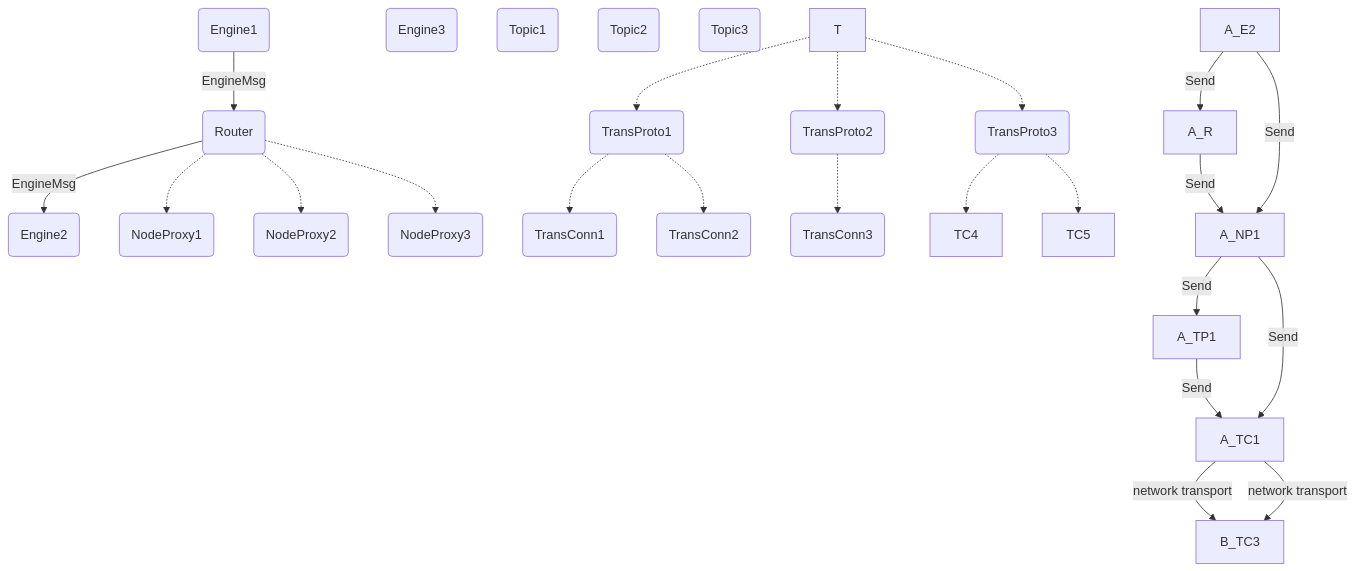
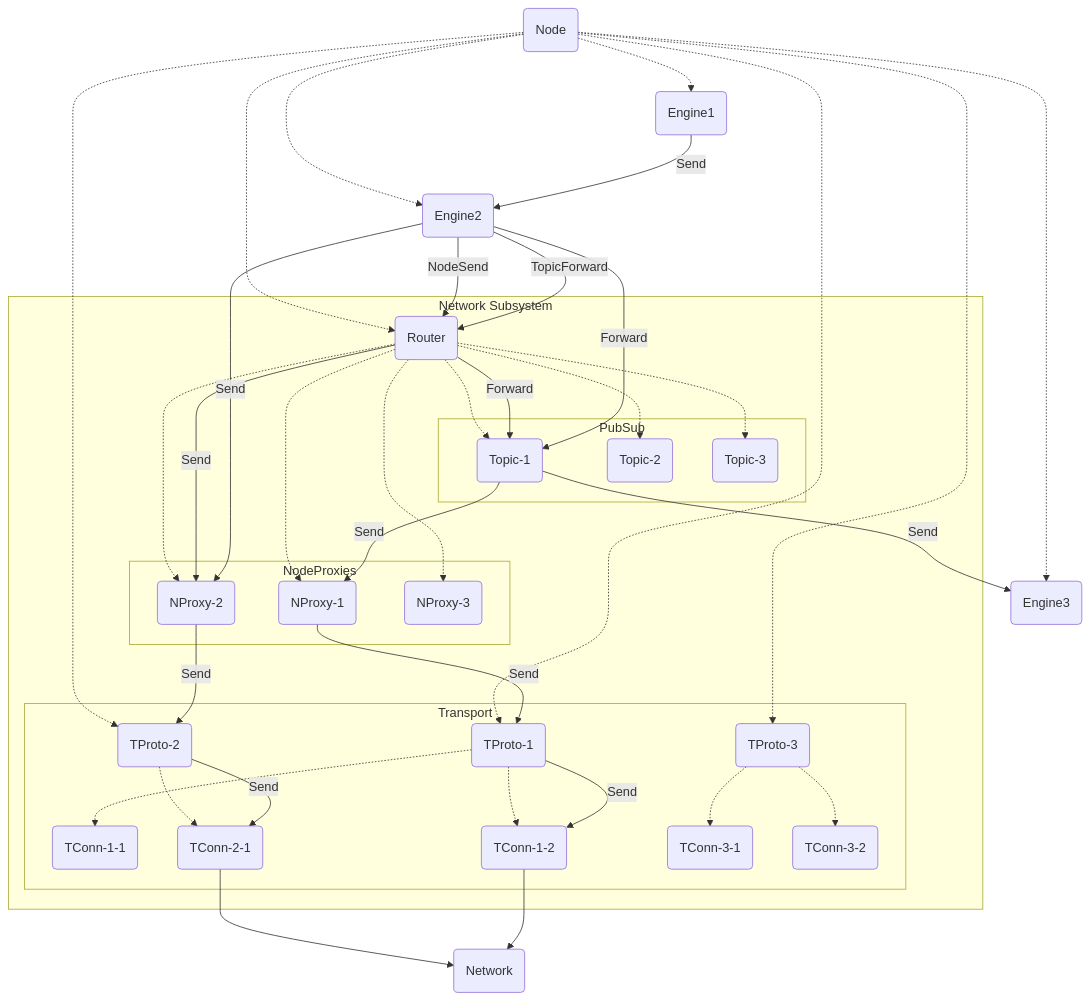
Before and after one commit to anoma/nspec: the diagram in docs/arch/node/net/index.md, drawn with Mermaid. The commit also changed other lines of this file and 1 other file, not shown here.

Commit message:
net: update diagram

````diff
--- a/docs/arch/node/net/index.md
+++ b/docs/arch/node/net/index.md
@@ -40,52 +42,63 @@
 ```mermaid
 flowchart TD
+
+N(Node)
 
 E1(Engine1)
 E2(Engine2)
 E3(Engine3)
 
-R(Router)
+subgraph Network Subsystem
+  R(Router)
 
-NP1(NodeProxy1)
-NP2(NodeProxy2)
-NP3(NodeProxy3)
+  subgraph NodeProxies
+    NP1(NProxy-1)
+    NP2(NProxy-2)
+    NP3(NProxy-3)
+  end
 
-T1(Topic1)
-T2(Topic2)
-T3(Topic3)
+  subgraph PubSub
+    T1(Topic-1)
+    T2(Topic-2)
+    T3(Topic-3)
+  end
 
-TP1(TransProto1)
-TP2(TransProto2)
-TP3(TransProto3)
-TC1(TransConn1)
-TC2(TransConn2)
-TC3(TransConn3)
+  subgraph Transport
+    TP1(TProto-1)
+    TP2(TProto-2)
+    TP3(TProto-3)
+
+    TC11(TConn-1-1)
+    TC12(TConn-1-2)
+    TC21(TConn-2-1)
+    TC31(TConn-3-1)
+    TC32(TConn-3-2)
+  end
+end
+
+NET(Network)
 
 %% Spawn tree
 
-R -.-> NP1
-R -.-> NP2
-R -.-> NP3
-
-T -.-> TP1
-T -.-> TP2
-T -.-> TP3
-
-TP1 -.-> TC1
-TP1 -.-> TC2
-
-TP2 -.-> TC3
-
-TP3 -.-> TC4
-TP3 -.-> TC5
+N -.-> R & TP1 & TP2 & TP3 & E1 & E2 & E3
+R -.-> NP1 & NP2 & NP3 & T1 & T2 & T3
+TP1 -.-> TC11 & TC12
+TP2 -.-> TC21
+TP3 -.-> TC31 & TC32
 
 %% Message flow
 
-E1 -- EngineMsg --> R -- EngineMsg --> E2
+%% Intra-node communacation between local engines
+E1 -- Send --> E2
 
-%% First message to open a connection
-A_E2 -- Send --> A_R -- Send --> A_NP1 -- Send --> A_TP1 -- Send --> A_TC1 -- network transport --> B_TC3
+%% First message via R to open a connection
+E2 -- NodeSend --> R -- Send --> NP2 -- Send --> TP2 -- Send --> TC21 --> NET
+E2 -- TopicForward --> R -- Forward --> T1
 
 %% Subsequent messages
-A_E2 -- Send --> A_NP1 -- Send --> A_TC1 -- network transport --> B_TC3
+E2 -- Send --> NP2
+E2 -- Forward --> T1
+
+T1 -- Send --> E3
+T1 -- Send --> NP1 -- Send --> TP1 -- Send --> TC12 --> NET
 ```
````
